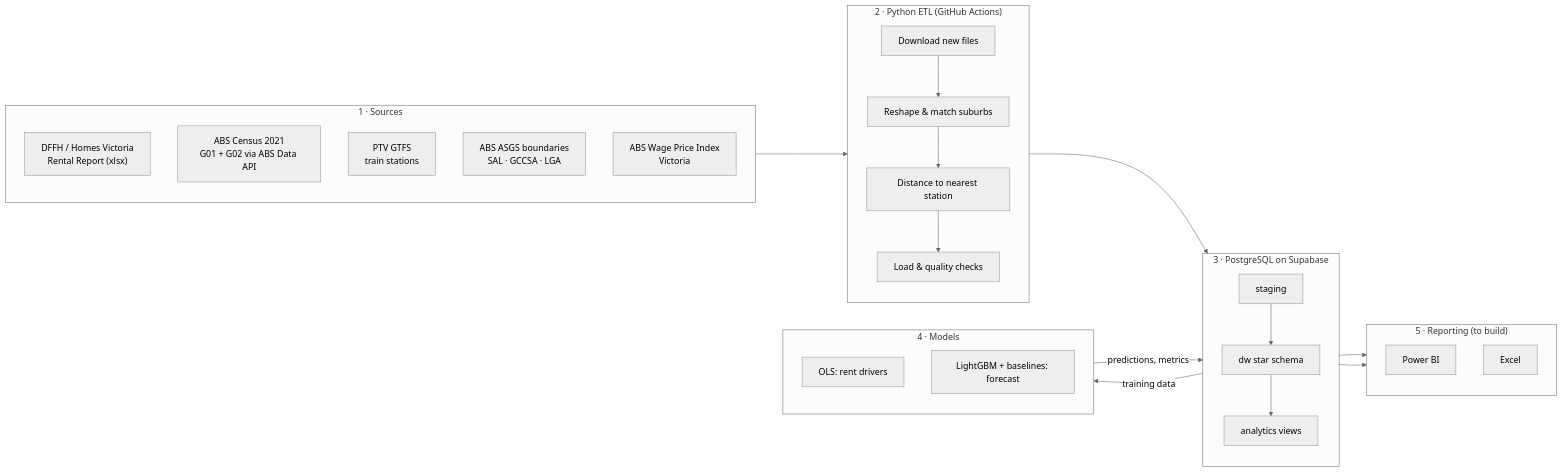
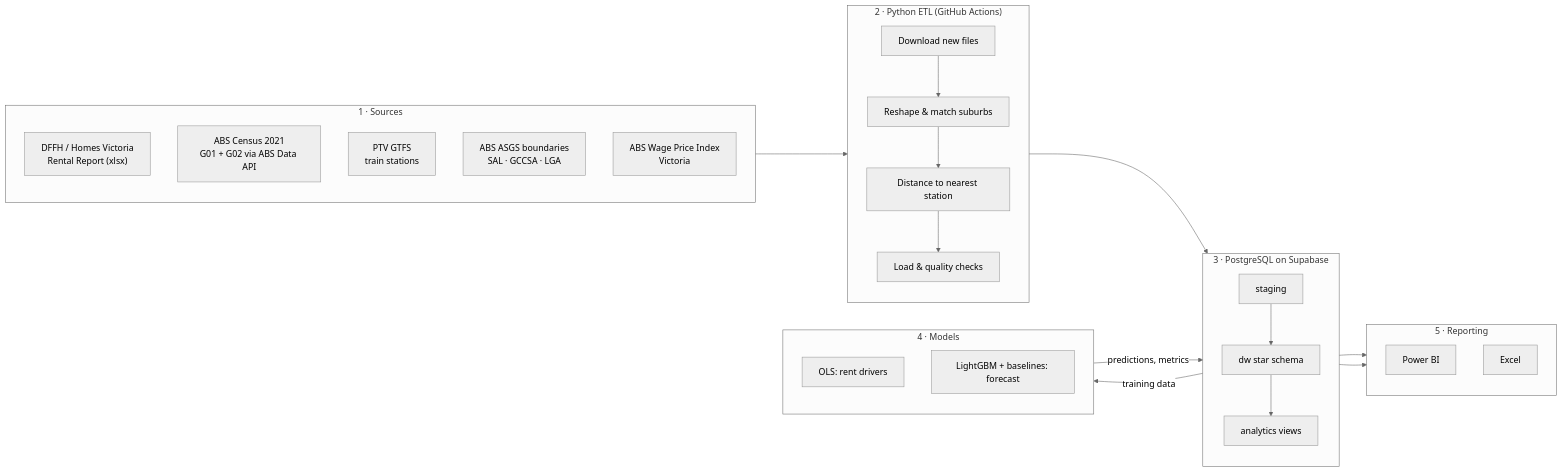
One commit to Thenuli10/melb-rent-watch changed the diagram in README.md. Above: the diagram before and after it, drawn with Mermaid (neutral theme). The commit also changed other lines of this file and 88 other files, not shown here.

````diff
--- a/README.md
+++ b/README.md
@@ -16,34 +16,34 @@
 ```mermaid
 flowchart LR
     subgraph S["1 · Sources"]
         direction TB
         S1["DFFH / Homes Victoria<br/>Rental Report (xlsx)"]
         S2["ABS Census 2021<br/>G01 + G02 via ABS Data API"]
         S3["PTV GTFS<br/>train stations"]
         S4["ABS ASGS boundaries<br/>SAL · GCCSA · LGA"]
         S5["ABS Wage Price Index<br/>Victoria"]
     end
     subgraph P["2 · Python ETL (GitHub Actions)"]
         direction TB
         P1["Download new files"] --> P2["Reshape &amp; match suburbs"] --> P3["Distance to nearest station"] --> P4["Load &amp; quality checks"]
     end
     subgraph D["3 · PostgreSQL on Supabase"]
         direction TB
         D1["staging"] --> D2["dw star schema"] --> D3["analytics views"]
     end
     subgraph M["4 · Models"]
         direction TB
         M1["OLS: rent drivers"]
         M2["LightGBM + baselines: forecast"]
     end
-    subgraph R["5 · Reporting (to build)"]
+    subgraph R["5 · Reporting"]
         direction TB
         R1["Power BI"]
         R2["Excel"]
     end
     S --> P --> D1
     D2 -- training data --> M
     M -- predictions, metrics --> D2
     D3 --> R1
     D3 --> R2
 ```
````
